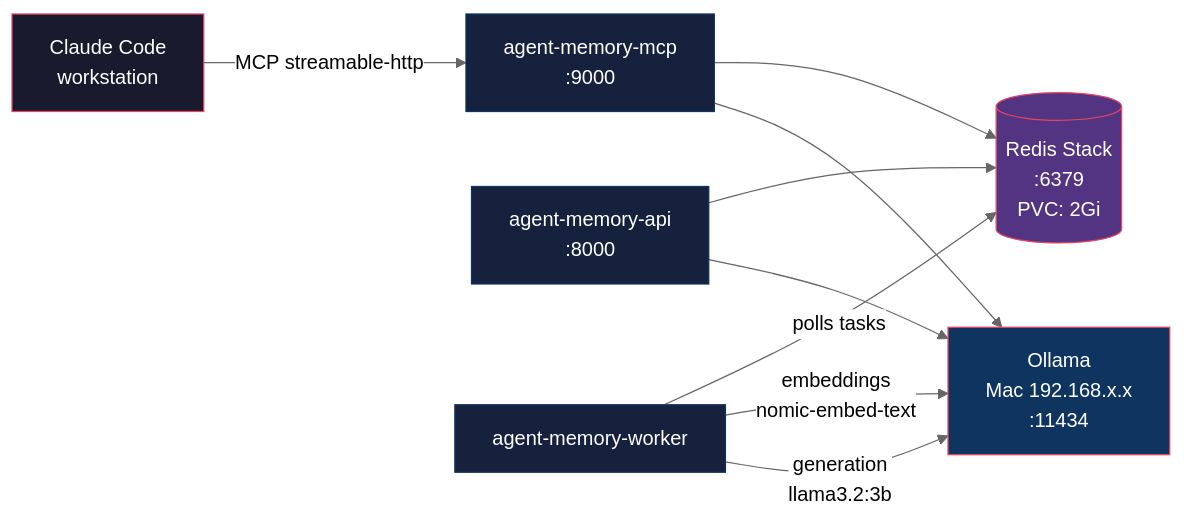
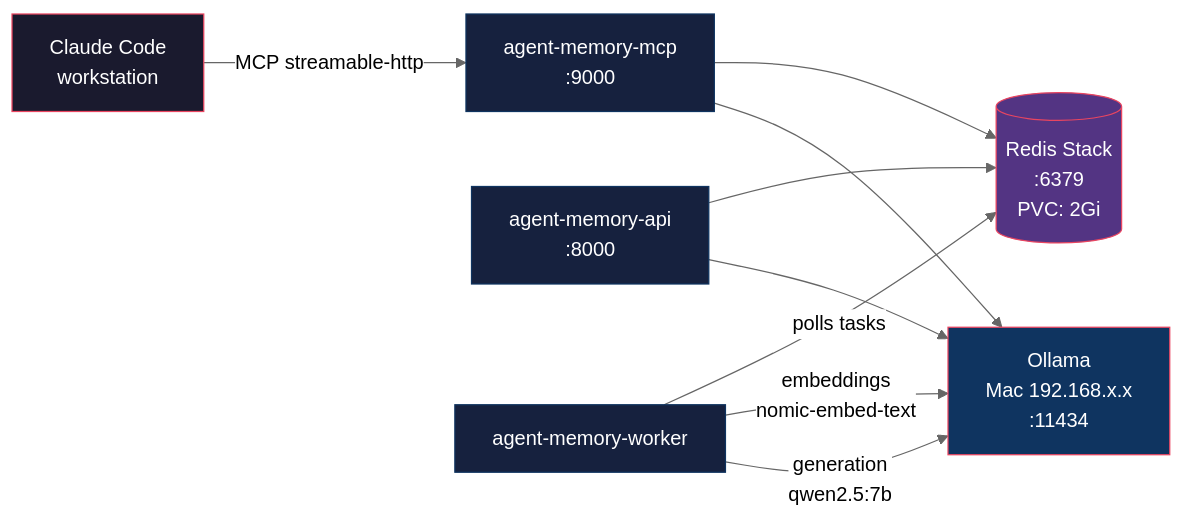
The first of 2 diagrams in blog/2026-02-22-agent-memory-server-homelab.mdx (Piotr1215/cloudrumble), drawn with Mermaid (neutral theme) before and after one commit. The commit also changed other lines of this file, not shown here.

First line of the commit message:
fix(blog): update agent-memory post for v5 image and qwen2.5:7b

````diff
--- a/blog/2026-02-22-agent-memory-server-homelab.mdx
+++ b/blog/2026-02-22-agent-memory-server-homelab.mdx
@@ -40,18 +40,18 @@
 ```mermaid
 graph LR
     CC[Claude Code<br/>workstation] -->|MCP streamable-http| MCP[agent-memory-mcp<br/>:9000]
     MCP --> Redis[(Redis Stack<br/>:6379<br/>PVC: 2Gi)]
     API[agent-memory-api<br/>:8000] --> Redis
     Worker[agent-memory-worker] -->|polls tasks| Redis
     Worker -->|embeddings<br/>nomic-embed-text| Ollama[Ollama<br/>Mac 192.168.x.x<br/>:11434]
-    Worker -->|generation<br/>llama3.2:3b| Ollama
+    Worker -->|generation<br/>qwen2.5:7b| Ollama
     MCP --> Ollama
     API --> Ollama
 
     style CC fill:#1a1a2e,stroke:#e94560,color:#fff
     style MCP fill:#16213e,stroke:#0f3460,color:#fff
     style API fill:#16213e,stroke:#0f3460,color:#fff
     style Worker fill:#16213e,stroke:#0f3460,color:#fff
     style Redis fill:#533483,stroke:#e94560,color:#fff
     style Ollama fill:#0f3460,stroke:#e94560,color:#fff
 ```
````
